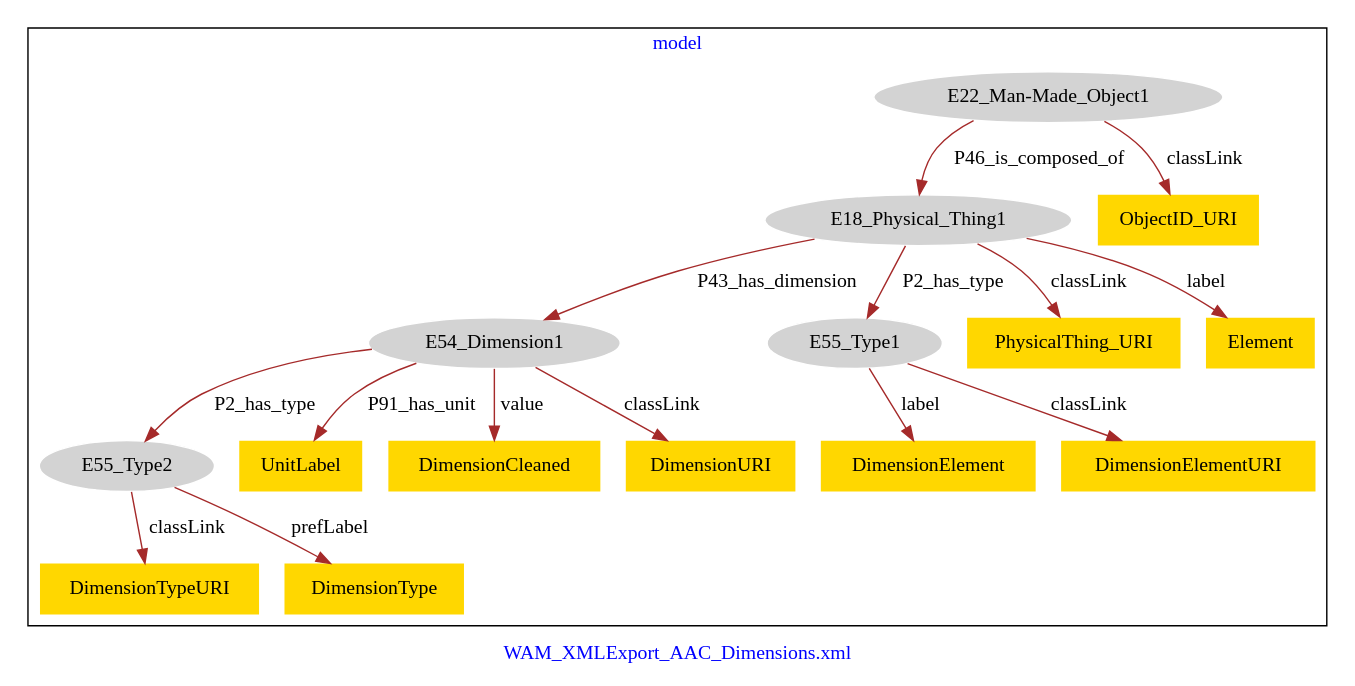
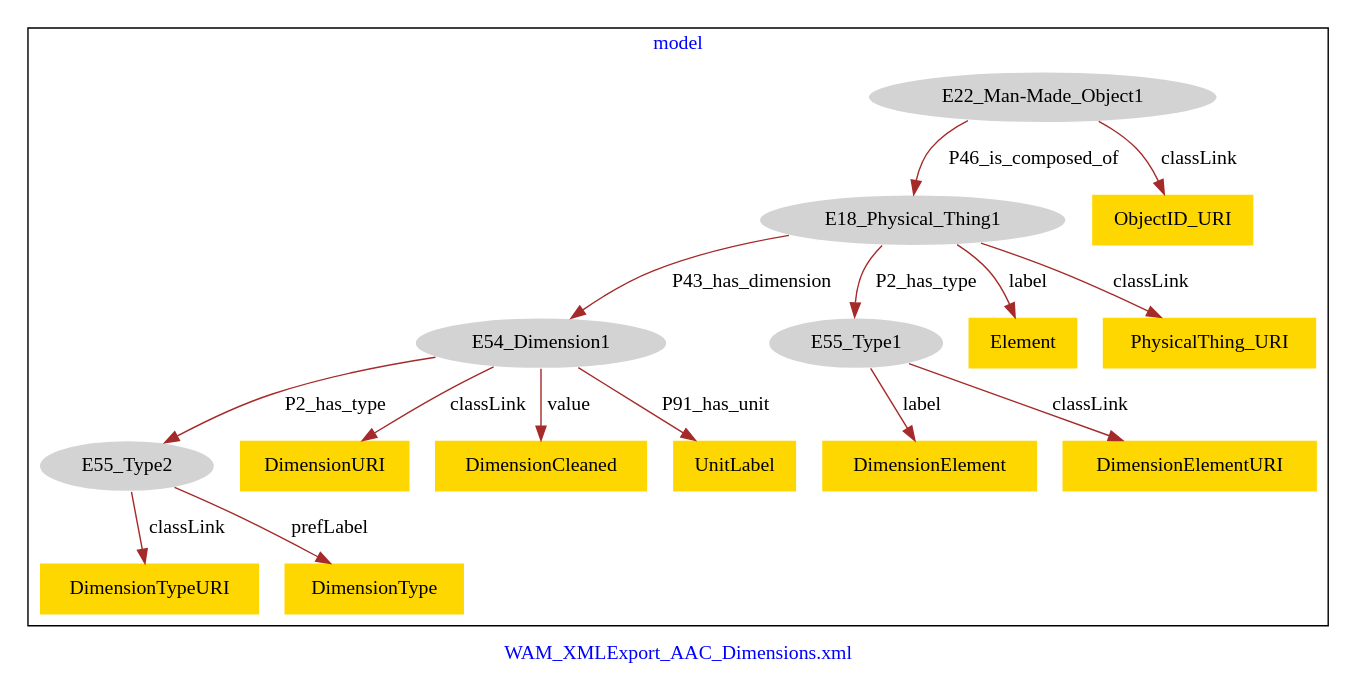
Before and after one commit to american-art/wam: the diagram in WAM_AAC_Dimensions/WAM_AAC_Dimensions-model.dot, drawn with Graphviz.

Commit message:
Update file WAM_AAC_Dimensions-model.dot

```diff
--- a/WAM_AAC_Dimensions/WAM_AAC_Dimensions-model.dot
+++ b/WAM_AAC_Dimensions/WAM_AAC_Dimensions-model.dot
@@ -1,37 +1,37 @@
 digraph n0 {
 fontcolor="blue"
 remincross="true"
 label="WAM_XMLExport_AAC_Dimensions.xml"
 subgraph cluster {
 label="model"
 n2[style="filled",color="white",fillcolor="lightgray",label="E18_Physical_Thing1"];
 n3[style="filled",color="white",fillcolor="lightgray",label="E54_Dimension1"];
 n4[style="filled",color="white",fillcolor="lightgray",label="E55_Type1"];
 n5[style="filled",color="white",fillcolor="lightgray",label="E22_Man-Made_Object1"];
 n6[style="filled",color="white",fillcolor="lightgray",label="E55_Type2"];
-n7[shape="plaintext",style="filled",fillcolor="gold",label="UnitLabel"];
-n8[shape="plaintext",style="filled",fillcolor="gold",label="DimensionElement"];
-n9[shape="plaintext",style="filled",fillcolor="gold",label="ObjectID_URI"];
-n10[shape="plaintext",style="filled",fillcolor="gold",label="DimensionTypeURI"];
-n11[shape="plaintext",style="filled",fillcolor="gold",label="PhysicalThing_URI"];
-n12[shape="plaintext",style="filled",fillcolor="gold",label="Element"];
-n13[shape="plaintext",style="filled",fillcolor="gold",label="DimensionType"];
-n14[shape="plaintext",style="filled",fillcolor="gold",label="DimensionCleaned"];
-n15[shape="plaintext",style="filled",fillcolor="gold",label="DimensionElementURI"];
-n16[shape="plaintext",style="filled",fillcolor="gold",label="DimensionURI"];
+n7[shape="plaintext",style="filled",fillcolor="gold",label="DimensionURI"];
+n8[shape="plaintext",style="filled",fillcolor="gold",label="DimensionTypeURI"];
+n9[shape="plaintext",style="filled",fillcolor="gold",label="Element"];
+n10[shape="plaintext",style="filled",fillcolor="gold",label="DimensionElement"];
+n11[shape="plaintext",style="filled",fillcolor="gold",label="ObjectID_URI"];
+n12[shape="plaintext",style="filled",fillcolor="gold",label="DimensionType"];
+n13[shape="plaintext",style="filled",fillcolor="gold",label="DimensionCleaned"];
+n14[shape="plaintext",style="filled",fillcolor="gold",label="UnitLabel"];
+n15[shape="plaintext",style="filled",fillcolor="gold",label="PhysicalThing_URI"];
+n16[shape="plaintext",style="filled",fillcolor="gold",label="DimensionElementURI"];
 }
 n2 -> n3[color="brown",fontcolor="black",label="P43_has_dimension"]
 n2 -> n4[color="brown",fontcolor="black",label="P2_has_type"]
 n5 -> n2[color="brown",fontcolor="black",label="P46_is_composed_of"]
 n3 -> n6[color="brown",fontcolor="black",label="P2_has_type"]
-n3 -> n7[color="brown",fontcolor="black",label="P91_has_unit"]
-n4 -> n8[color="brown",fontcolor="black",label="label"]
-n5 -> n9[color="brown",fontcolor="black",label="classLink"]
-n6 -> n10[color="brown",fontcolor="black",label="classLink"]
-n2 -> n11[color="brown",fontcolor="black",label="classLink"]
-n2 -> n12[color="brown",fontcolor="black",label="label"]
-n6 -> n13[color="brown",fontcolor="black",label="prefLabel"]
-n3 -> n14[color="brown",fontcolor="black",label="value"]
-n4 -> n15[color="brown",fontcolor="black",label="classLink"]
-n3 -> n16[color="brown",fontcolor="black",label="classLink"]
+n3 -> n7[color="brown",fontcolor="black",label="classLink"]
+n6 -> n8[color="brown",fontcolor="black",label="classLink"]
+n2 -> n9[color="brown",fontcolor="black",label="label"]
+n4 -> n10[color="brown",fontcolor="black",label="label"]
+n5 -> n11[color="brown",fontcolor="black",label="classLink"]
+n6 -> n12[color="brown",fontcolor="black",label="prefLabel"]
+n3 -> n13[color="brown",fontcolor="black",label="value"]
+n3 -> n14[color="brown",fontcolor="black",label="P91_has_unit"]
+n2 -> n15[color="brown",fontcolor="black",label="classLink"]
+n4 -> n16[color="brown",fontcolor="black",label="classLink"]
 }
```
